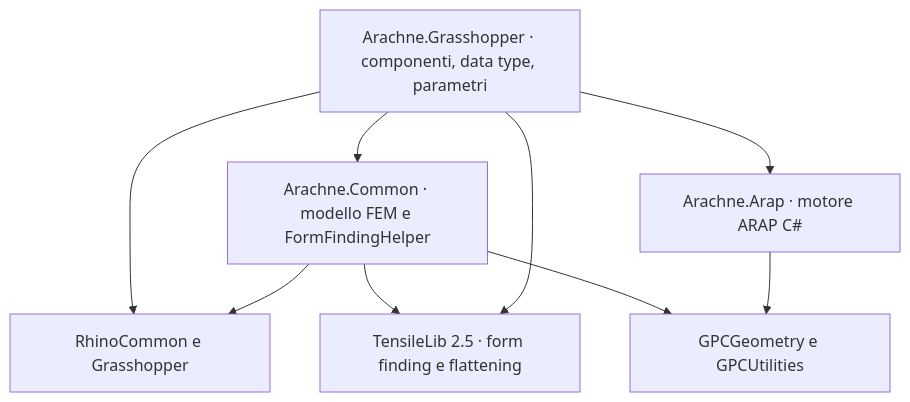
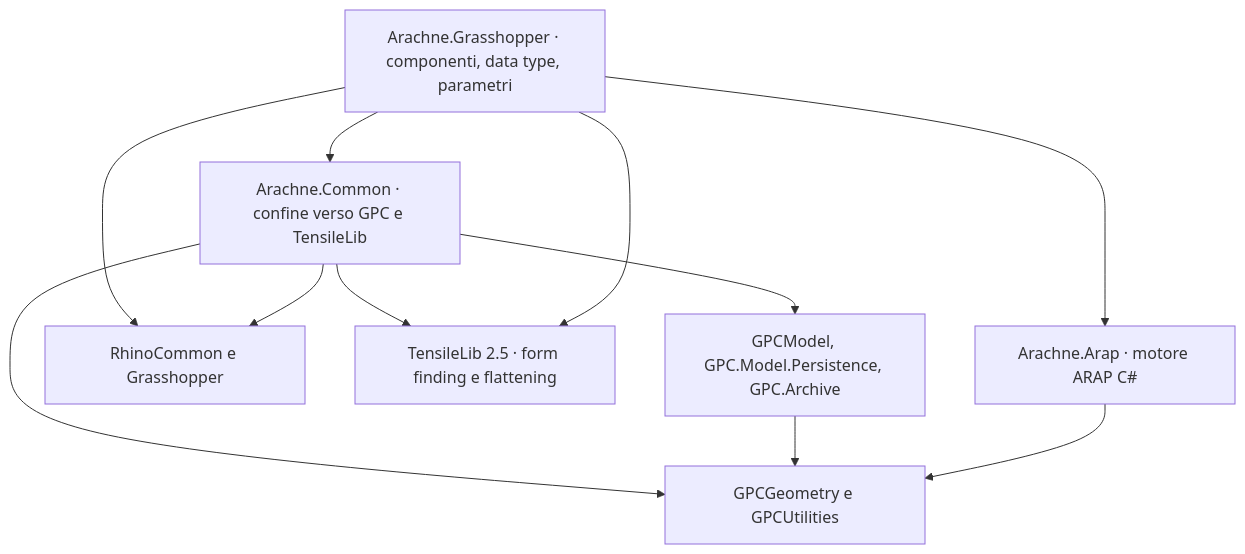
One commit to ITEC-GPA/Arachne changed the diagram in docs/ARCHITECTURE.md. Above: the diagram before and after it, drawn with Mermaid. The commit also changed other lines of this file and 4 other files, not shown here.

````diff
--- a/docs/ARCHITECTURE.md
+++ b/docs/ARCHITECTURE.md
@@ -3,11 +5,13 @@
 ```mermaid
 flowchart TD
-  GH[Arachne.Grasshopper · componenti, data type, parametri] --> COMMON[Arachne.Common · modello FEM e FormFindingHelper]
+  GH[Arachne.Grasshopper · componenti, data type, parametri] --> COMMON[Arachne.Common · confine verso GPC e TensileLib]
   GH --> ARAP[Arachne.Arap · motore ARAP C#]
   GH --> RHINO[RhinoCommon e Grasshopper]
   COMMON --> RHINO
   COMMON --> TL[TensileLib 2.5 · form finding e flattening]
+  COMMON --> MODEL[GPCModel, GPC.Model.Persistence, GPC.Archive]
   COMMON --> GPC[GPCGeometry e GPCUtilities]
+  MODEL --> GPC
   GH --> TL
   ARAP --> GPC
 ```
````
